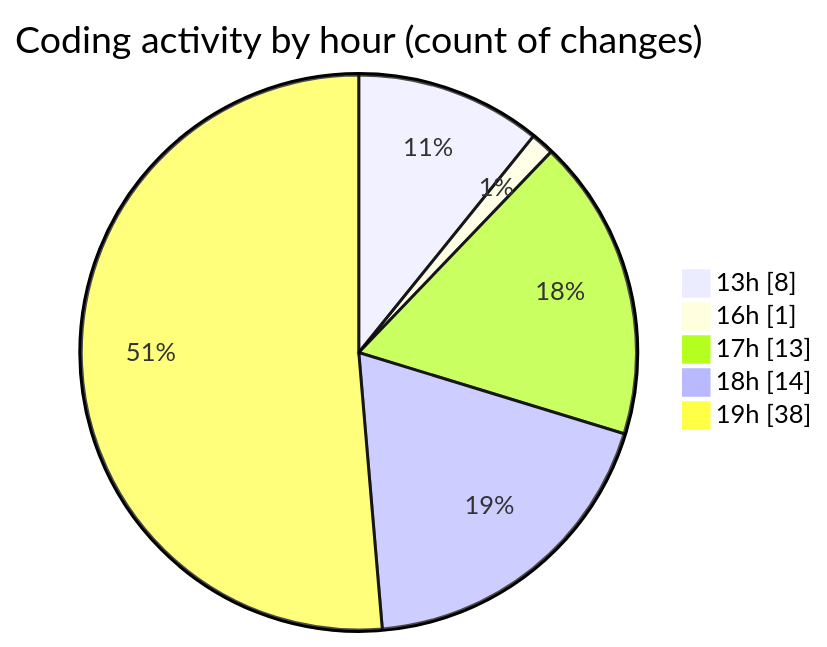
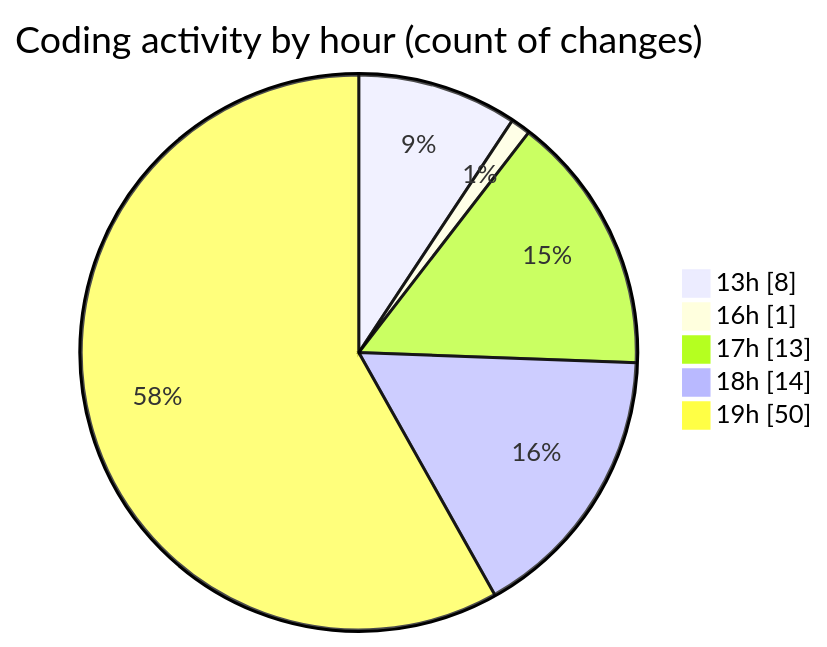
The second of 2 diagrams in 2025-08-24/chatgpt-extension/README.md (EIIisD/code-tracking), drawn with Mermaid before and after one commit. The commit also changed other lines of this file and 1 other file, not shown here.

````diff
--- a/2025-08-24/chatgpt-extension/README.md
+++ b/2025-08-24/chatgpt-extension/README.md
@@ -38,9 +41,9 @@
 ```mermaid
 pie showData
 title Coding activity by hour (count of changes)
 "13h" : 8
 "16h" : 1
 "17h" : 13
 "18h" : 14
-"19h" : 38
+"19h" : 50
 ```
````
